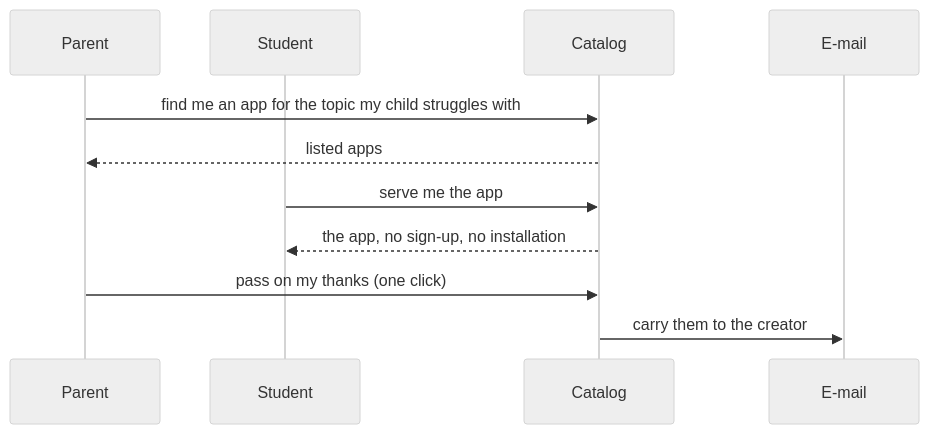
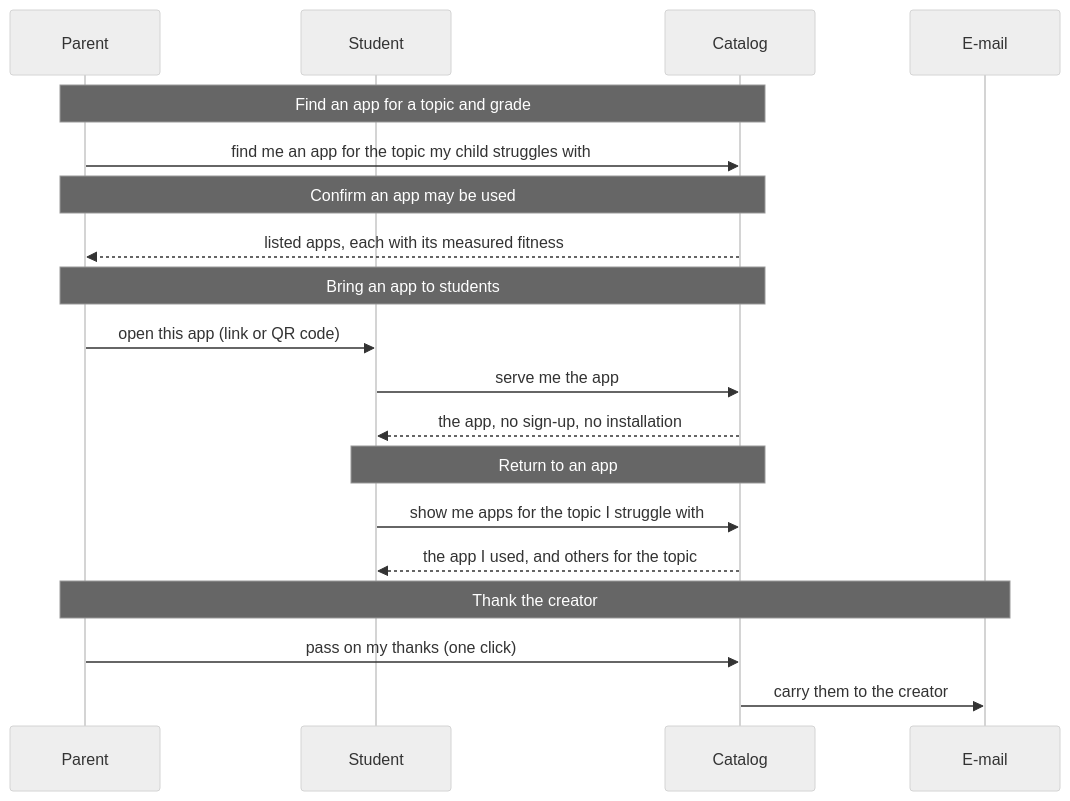
One commit to lernapps/docs changed the second of 6 diagrams in docs/arc42/06-runtime-view.arc42.md. Above: the diagram before and after it, drawn with Mermaid (neutral theme). The commit also changed other lines of this file and 2 other files, not shown here.

First line of the commit message:
docs(arc42): each journey's diagram covers the whole journey

````diff
--- a/docs/arc42/06-runtime-view.arc42.md
+++ b/docs/arc42/06-runtime-view.arc42.md
@@ -74,13 +78,21 @@
 ```mermaid
 sequenceDiagram
     participant parent as Parent
     participant student as Student
     participant catalog as Catalog
     participant mail as E-mail
+    Note over parent,catalog: Find an app for a topic and grade
     parent->>catalog: find me an app for the topic my child struggles with
-    catalog-->>parent: listed apps
+    Note over parent,catalog: Confirm an app may be used
+    catalog-->>parent: listed apps, each with its measured fitness
+    Note over parent,catalog: Bring an app to students
+    parent->>student: open this app (link or QR code)
     student->>catalog: serve me the app
     catalog-->>student: the app, no sign-up, no installation
+    Note over student,catalog: Return to an app
+    student->>catalog: show me apps for the topic I struggle with
+    catalog-->>student: the app I used, and others for the topic
+    Note over parent,mail: Thank the creator
     parent->>catalog: pass on my thanks (one click)
     catalog->>mail: carry them to the creator
 ```
````
